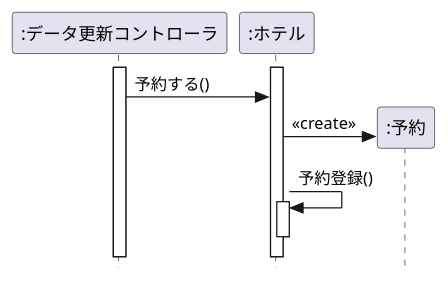
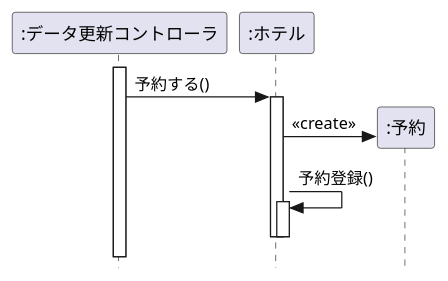
The diagram in 演習4-3_SD_データ更新コントローラとホテルと予約.pu (a-tamura22/uml-introduction), drawn with PlantUML before and after one commit.

Commit message:
プッシュ

```diff
--- a/演習4-3_SD_データ更新コントローラとホテルと予約.pu
+++ b/演習4-3_SD_データ更新コントローラとホテルと予約.pu
@@ -1,20 +1,20 @@
 @startuml 予約
 hide footbox
 participant ":データ更新コントローラ" as control
 participant ":ホテル" as hotel
 participant ":予約" as Y 
 ' 厳密なUMLに準拠する
 skinparam style strictuml
 
 activate control
+control -> hotel : 予約する()
 activate hotel
-
-control -> hotel : 予約する()
 create Y
 hotel -> Y : <<create>>
 
 hotel -> hotel: 予約登録()
 activate hotel
 deactivate hotel
+deactivate hotel
 
 @enduml
```
